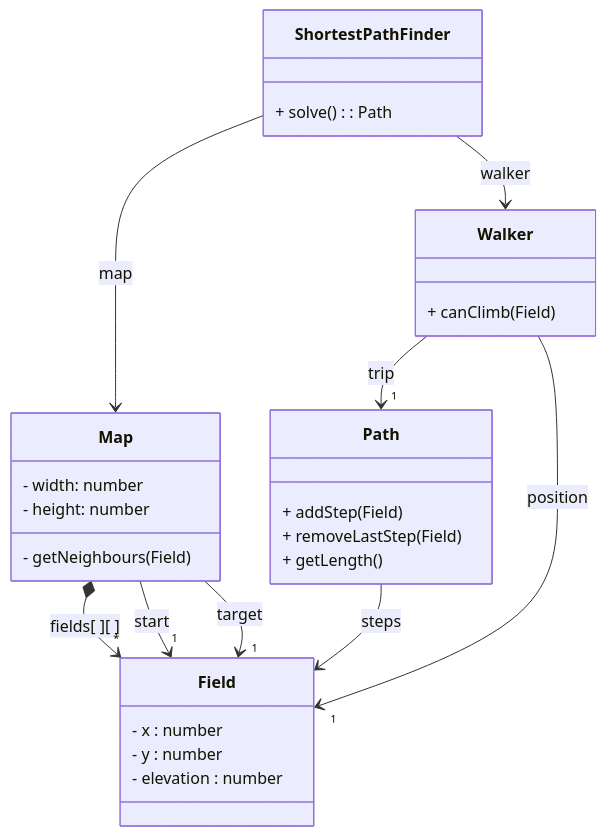
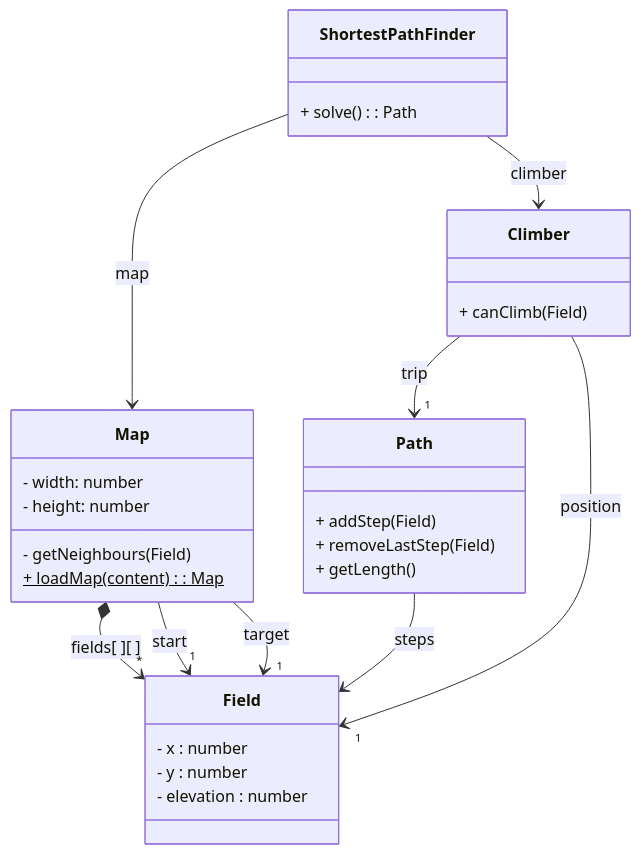
Before and after one commit to riederm/hillclimber.python: the diagram in README.md, drawn with Mermaid.

````diff
--- a/README.md
+++ b/README.md
@@ -4,36 +4,37 @@
 ```mermaid
 classDiagram
 class Map {
   - width: number
   - height: number
   - getNeighbours(Field)
+  + loadMap(content)$ : Map
 }
 Map *--> "*" Field : fields[ ][ ]
 Map --> "1" Field : start
 Map --> "1" Field : target
 
 class Field {
   - x : number
   - y : number
   - elevation : number
 }
 
 class Path {
   + addStep(Field)
   + removeLastStep(Field)
   + getLength()
 }
 Path --> Field : steps
 
-class Walker {
+class Climber {
   + canClimb(Field)
 }
-Walker --> "1" Field: position
-Walker --> "1" Path: trip
+Climber --> "1" Field: position
+Climber --> "1" Path: trip
 
 class ShortestPathFinder{
   + solve(): Path
 }
-ShortestPathFinder --> Walker : walker
+ShortestPathFinder --> Climber : climber
 ShortestPathFinder --> Map : map
 ```
````
